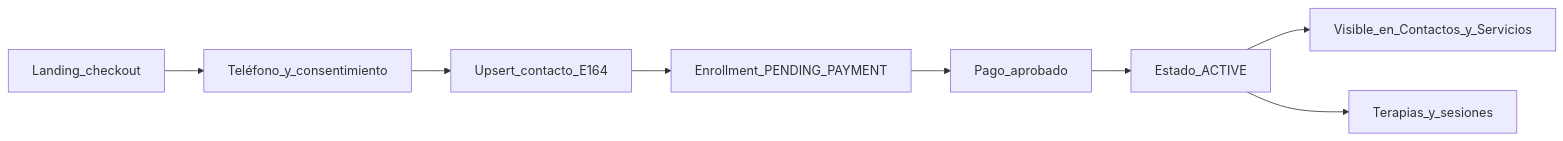
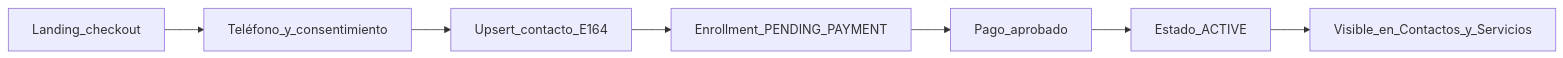
The second of 2 diagrams in docs/crm-guia-uso.md (m3nd0zit4/dayana-pnl), drawn with Mermaid before and after one commit. The commit also changed other lines of this file and 23 other files, not shown here.

````diff
--- a/docs/crm-guia-uso.md
+++ b/docs/crm-guia-uso.md
@@ -33,10 +29,9 @@
 ```mermaid
 flowchart LR
   Web[Landing_checkout] --> ContactStep[Teléfono_y_consentimiento]
   ContactStep --> Upsert[Upsert_contacto_E164]
   Upsert --> Enroll[Enrollment_PENDING_PAYMENT]
   Enroll --> Pay[Pago_aprobado]
   Pay --> Active[Estado_ACTIVE]
   Active --> CRM[Visible_en_Contactos_y_Servicios]
-  Active --> Therapy[Terapias_y_sesiones]
 ```
````
